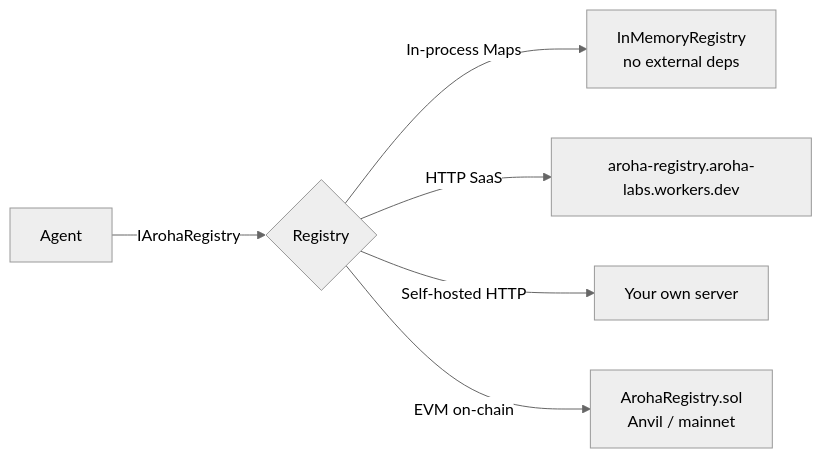
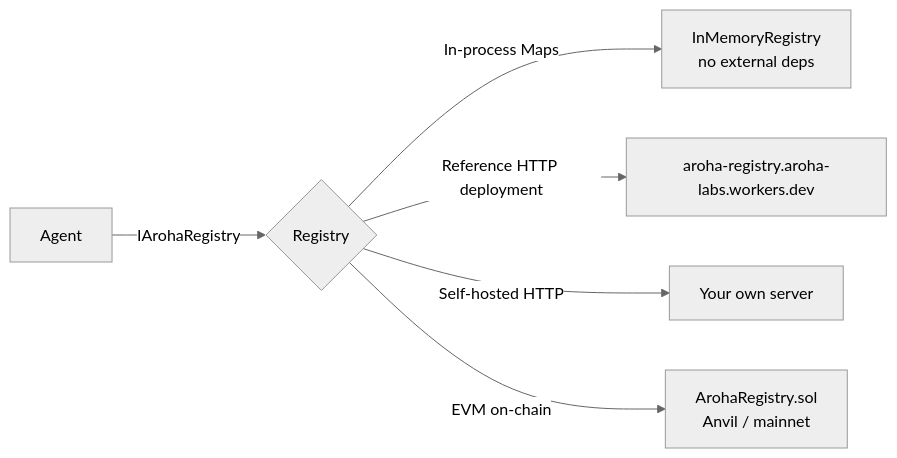
One commit to ArohaLabs/aroha-protocol changed the fifth of 6 diagrams in docs/architecture.md. Above: the diagram before and after it, drawn with Mermaid (neutral theme). The commit also changed other lines of this file and 162 other files, not shown here.

````diff
--- a/docs/architecture.md
+++ b/docs/architecture.md
@@ -183,8 +185,8 @@
 ```mermaid
 graph LR
     A[Agent] -->|IArohaRegistry| B{Registry}
     B -->|In-process Maps| C[InMemoryRegistry\nno external deps]
-    B -->|HTTP SaaS| D[aroha-registry.aroha-labs.workers.dev]
+    B -->|Reference HTTP deployment| D[aroha-registry.aroha-labs.workers.dev]
     B -->|Self-hosted HTTP| E[Your own server]
     B -->|EVM on-chain| F[ArohaRegistry.sol\nAnvil / mainnet]
 ```
````
